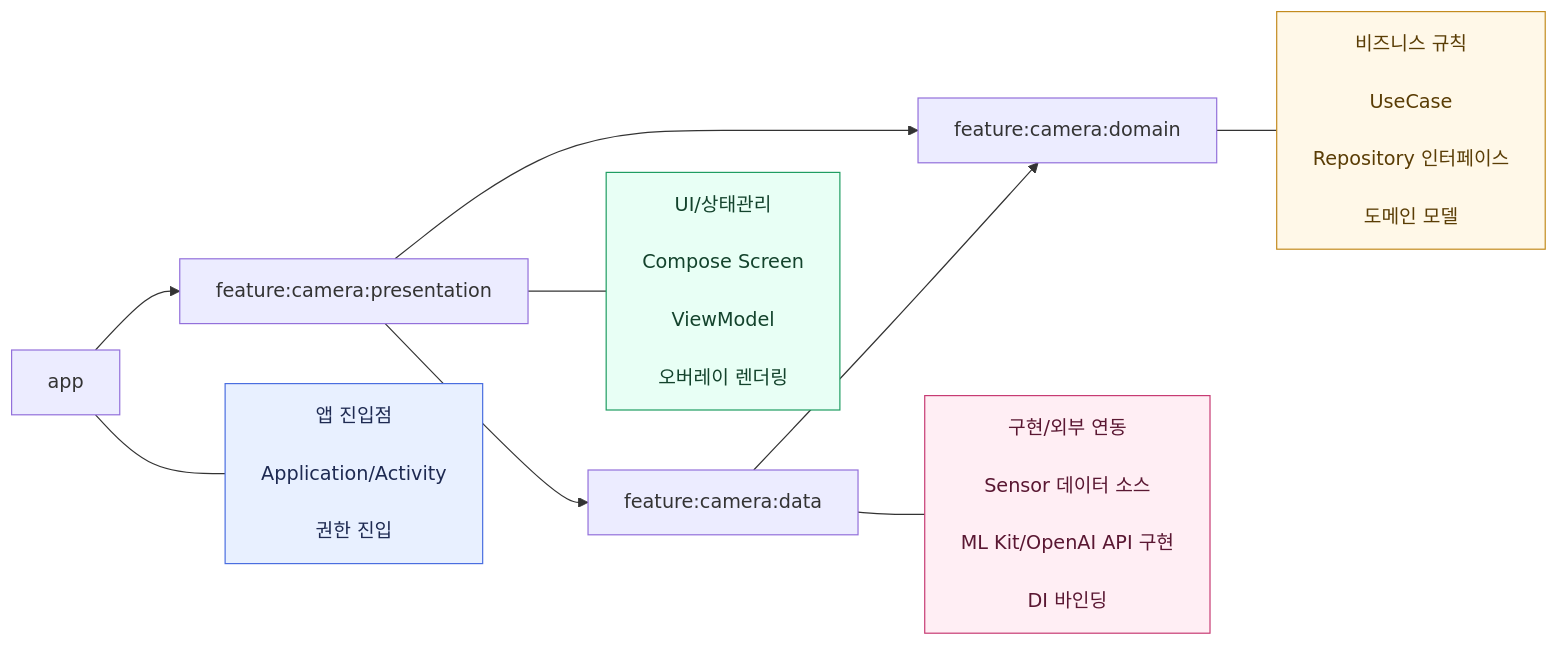
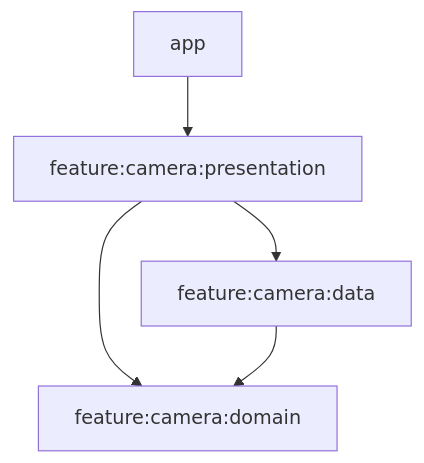
One commit to Han-hih/CompositionCamera changed the diagram in README.md. Above: the diagram before and after it, drawn with Mermaid. The commit also changed other lines of this file, not shown here.

Commit message:
Readme 수정

````diff
--- a/README.md
+++ b/README.md
@@ -54,33 +79,7 @@
 ```mermaid
-flowchart LR
+flowchart TB
     A["app"] --> P["feature:camera:presentation"]
     P --> D["feature:camera:domain"]
     P --> R["feature:camera:data"]
     R --> D
-
-    A1["앱 진입점<br/>
-Application/Activity<br/>
-권한 진입"]:::app
-    P1["UI/상태관리<br/>
-Compose Screen<br/>
-ViewModel<br/>
-오버레이 렌더링"]:::presentation
-    D1["비즈니스 규칙<br/>
-UseCase<br/>
-Repository 인터페이스<br/>
-도메인 모델"]:::domain
-    R1["구현/외부 연동<br/>
-Sensor 데이터 소스<br/>
-ML Kit/OpenAI API 구현<br/>
-DI 바인딩"]:::data
-
-    A --- A1
-    P --- P1
-    D --- D1
-    R --- R1
-
-    classDef app fill:#e8f0ff,stroke:#4a6ee0,color:#1e2a52
-    classDef presentation fill:#e8fff5,stroke:#1f9d62,color:#13432c
-    classDef domain fill:#fff8e8,stroke:#c38b1e,color:#5a3d05
-    classDef data fill:#ffeef4,stroke:#c73b73,color:#5a1732
 ```
````
